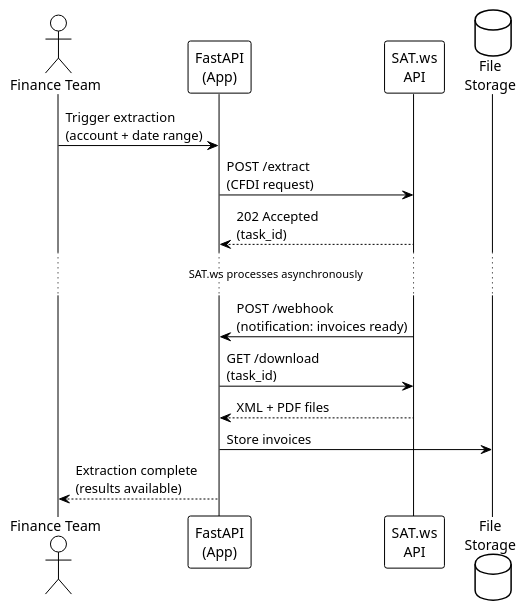
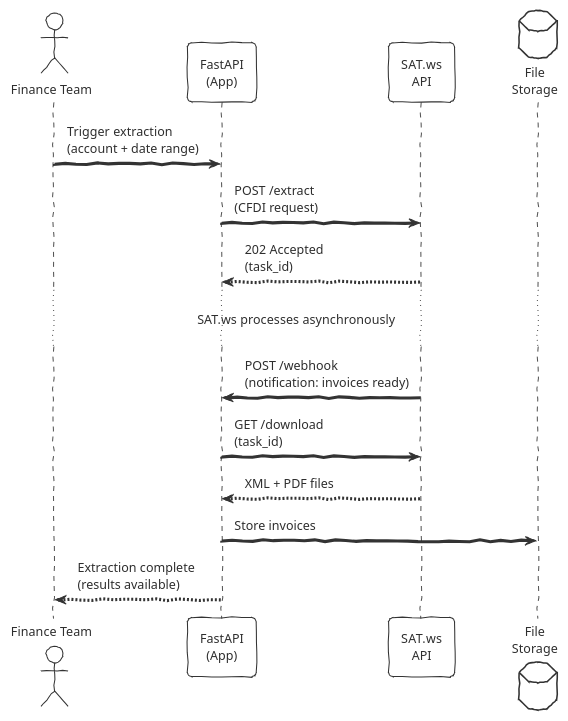
One commit to yokharian/invoice-extraction-service changed the diagram in diagram.puml. Above: the diagram before and after it, drawn with PlantUML. The commit also changed 1 other file, not shown here.

Commit message:
docs: embed diagram in README via plantuml proxy and fix diagram syntax

```diff
--- a/diagram.puml
+++ b/diagram.puml
@@ -1,22 +1,22 @@
 @startuml Invoice Extraction Service
-!theme plain
+!theme sketchy-outline
 skinparam componentStyle rectangle
 
 actor "Finance Team" as user
 participant "FastAPI\n(App)" as api
 participant "SAT.ws\nAPI" as sat
 database "File\nStorage" as db
 
 user -> api: Trigger extraction\n(account + date range)
 api -> sat: POST /extract\n(CFDI request)
 sat --> api: 202 Accepted\n(task_id)
 
 ... SAT.ws processes asynchronously ...
 
 sat -> api: POST /webhook\n(notification: invoices ready)
 api -> sat: GET /download\n(task_id)
 sat --> api: XML + PDF files
 api -> db: Store invoices
 api --> user: Extraction complete\n(results available)
 
 @enduml
```
